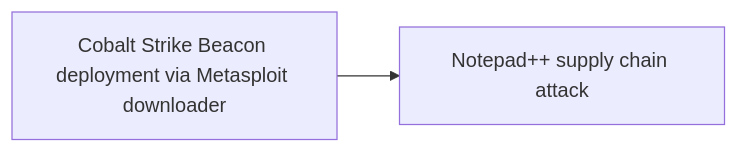
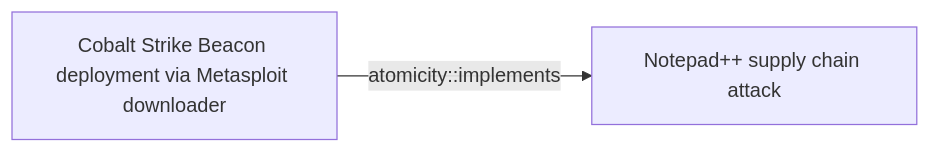
Before and after one commit to opentidehq/library: the first of 2 diagrams in docs/threats/cobalt-strike-beacon-deployment-via-metasploit-downloader.md, drawn with Mermaid. The commit also changed other lines of this file and 277 other files, not shown here.

````diff
--- a/docs/threats/cobalt-strike-beacon-deployment-via-metasploit-downloader.md
+++ b/docs/threats/cobalt-strike-beacon-deployment-via-metasploit-downloader.md
@@ -319,6 +352,6 @@
 ```mermaid
 flowchart LR
 7c4d9a2e_8f3b_4e6a_9d1c_5a7b8e2f4d3a["Cobalt Strike Beacon deployment via Metasploit downloader"]
 8b7cae6f_b6cf_4414_9cdc_fe8c8ee7ee22["Notepad++ supply chain attack"]
-7c4d9a2e_8f3b_4e6a_9d1c_5a7b8e2f4d3a --> 8b7cae6f_b6cf_4414_9cdc_fe8c8ee7ee22
+7c4d9a2e_8f3b_4e6a_9d1c_5a7b8e2f4d3a -->|atomicity::implements| 8b7cae6f_b6cf_4414_9cdc_fe8c8ee7ee22
 ```
````
